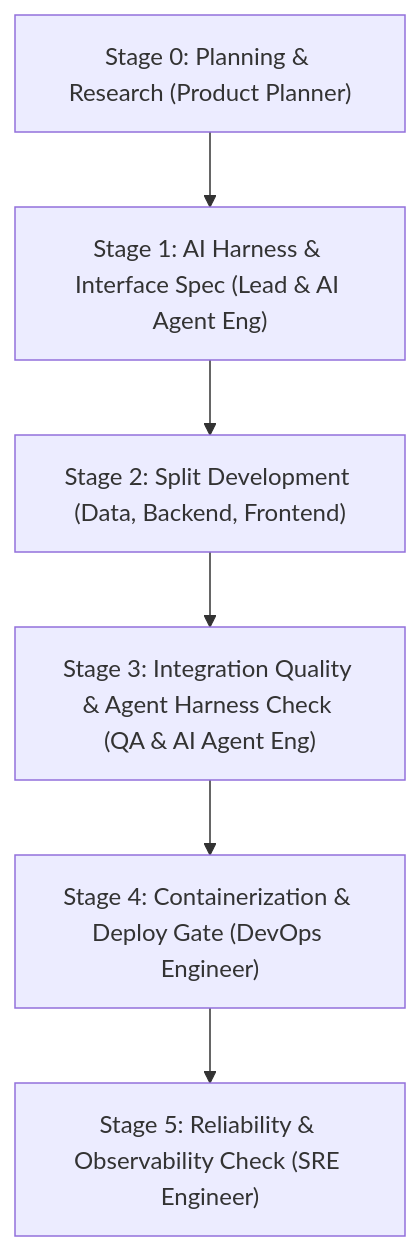
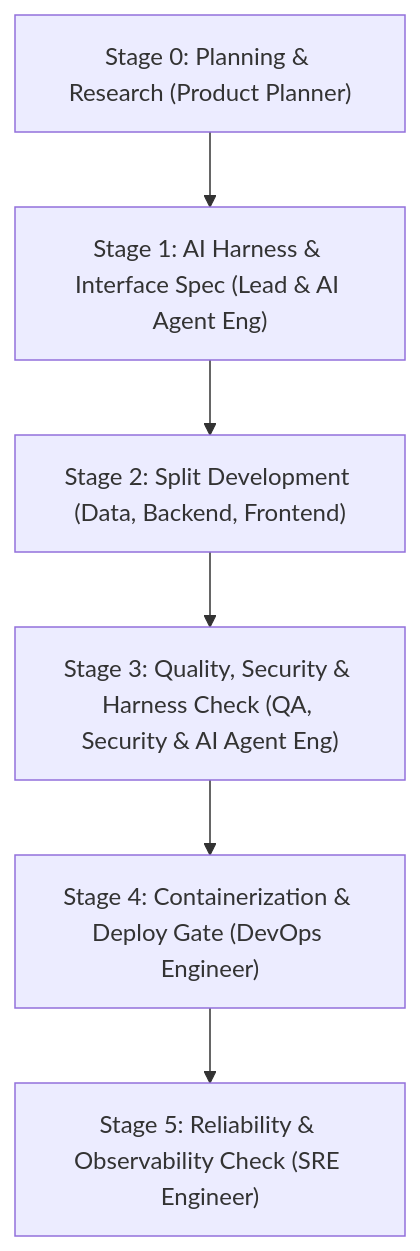
Before and after one commit to DongJinNam/dev-team-skills: the diagram in skills/SKILL_en.md, drawn with Mermaid. The commit also changed other lines of this file and 24 other files, not shown here.

````diff
--- a/skills/SKILL_en.md
+++ b/skills/SKILL_en.md
@@ -45,8 +50,8 @@
 ```mermaid
 flowchart TD
     S0["Stage 0: Planning & Research (Product Planner)"] --> S1["Stage 1: AI Harness & Interface Spec (Lead & AI Agent Eng)"]
     S1 --> S2["Stage 2: Split Development (Data, Backend, Frontend)"]
-    S2 --> S3["Stage 3: Integration Quality & Agent Harness Check (QA & AI Agent Eng)"]
+    S2 --> S3["Stage 3: Quality, Security & Harness Check (QA, Security & AI Agent Eng)"]
     S3 --> S4["Stage 4: Containerization & Deploy Gate (DevOps Engineer)"]
     S4 --> S5["Stage 5: Reliability & Observability Check (SRE Engineer)"]
 ```
````
